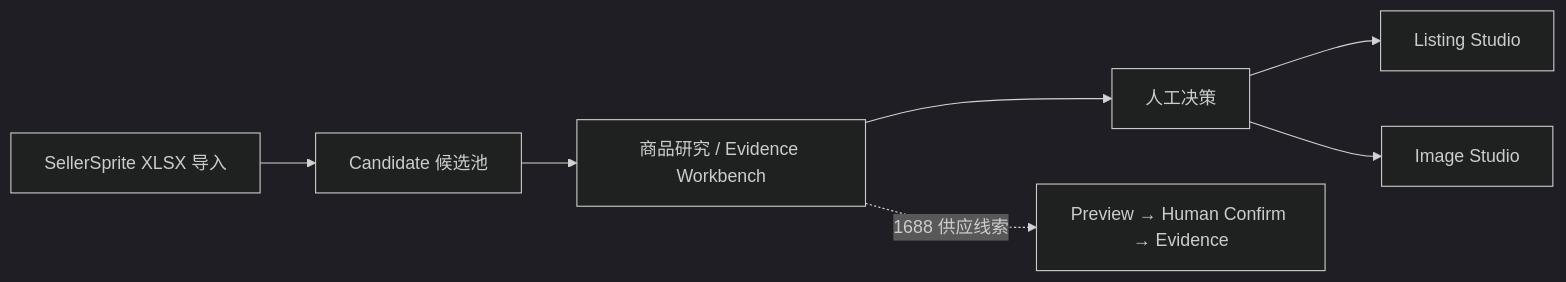
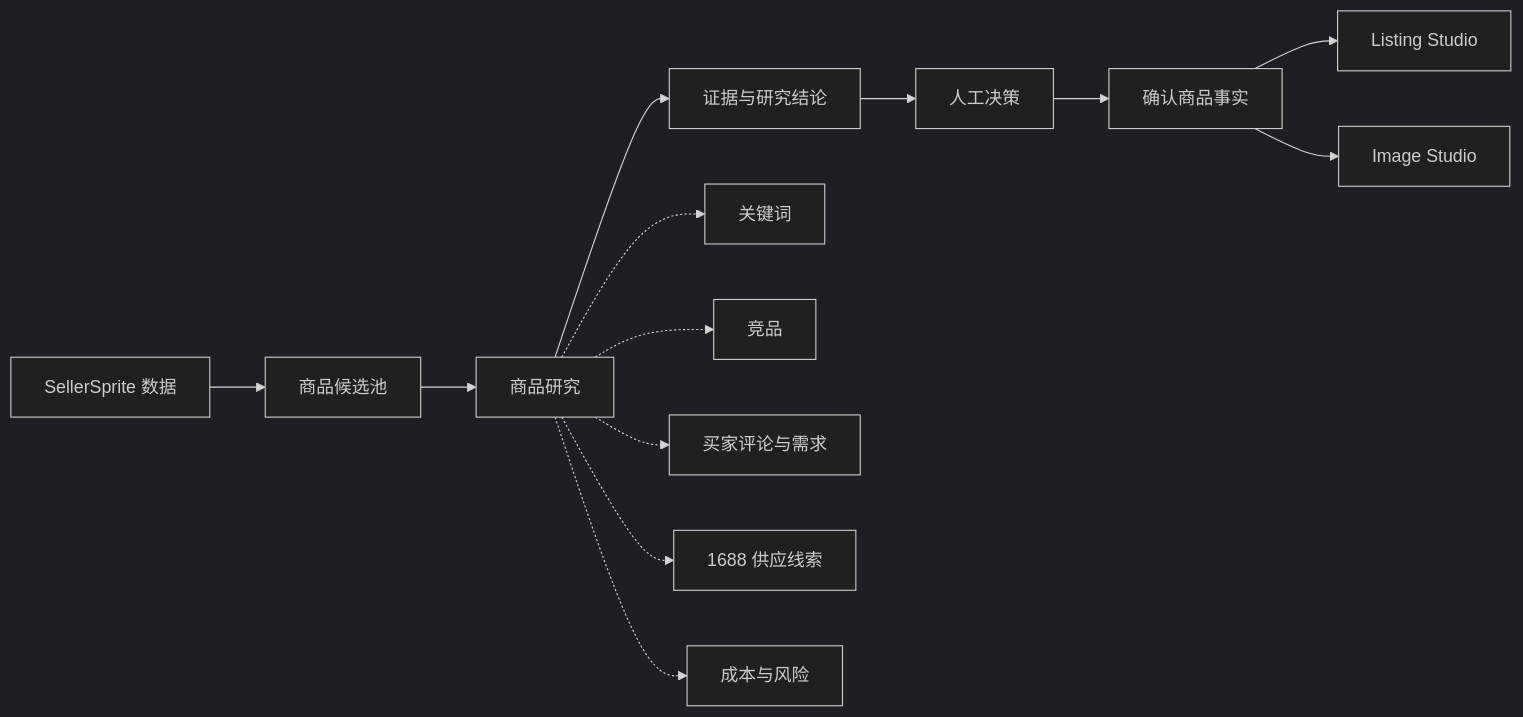
One commit to a2578348864a-sys/ecommerce-product-ai-optimizer changed the diagram in README.md. Above: the diagram before and after it, drawn with Mermaid (dark theme). The commit also changed other lines of this file, not shown here.

````diff
--- a/README.md
+++ b/README.md
@@ -27,9 +11,16 @@
 ```mermaid
 flowchart LR
-    A[SellerSprite XLSX 导入] --> B[Candidate 候选池]
-    B --> C[商品研究 / Evidence Workbench]
-    C --> D[人工决策]
-    D --> E[Listing Studio]
-    D --> F[Image Studio]
-    C -. 1688 供应线索 .-> G[Preview → Human Confirm → Evidence]
+    A[SellerSprite 数据] --> B[商品候选池]
+    B --> C[商品研究]
+    C --> D[证据与研究结论]
+    D --> E[人工决策]
+    E --> F[确认商品事实]
+    F --> G[Listing Studio]
+    F --> H[Image Studio]
+
+    C -.-> C1[关键词]
+    C -.-> C2[竞品]
+    C -.-> C3[买家评论与需求]
+    C -.-> C4[1688 供应线索]
+    C -.-> C5[成本与风险]
 ```
````
